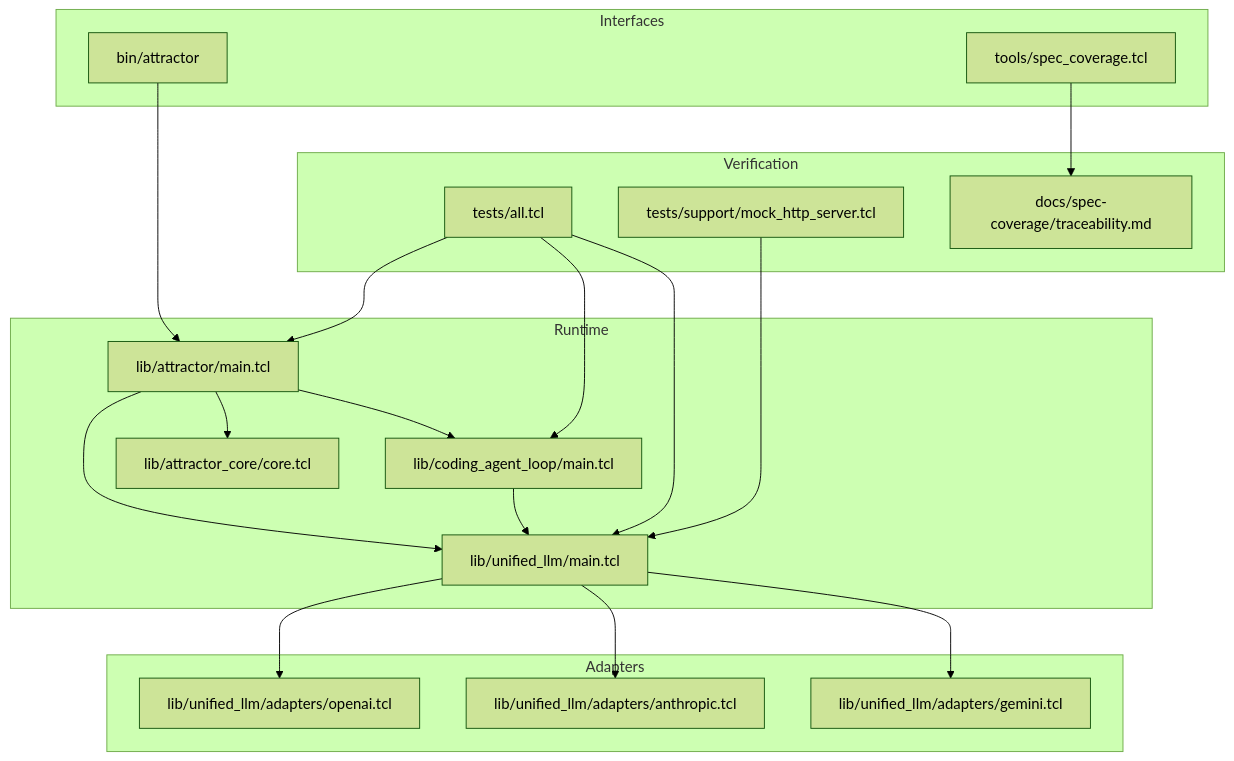
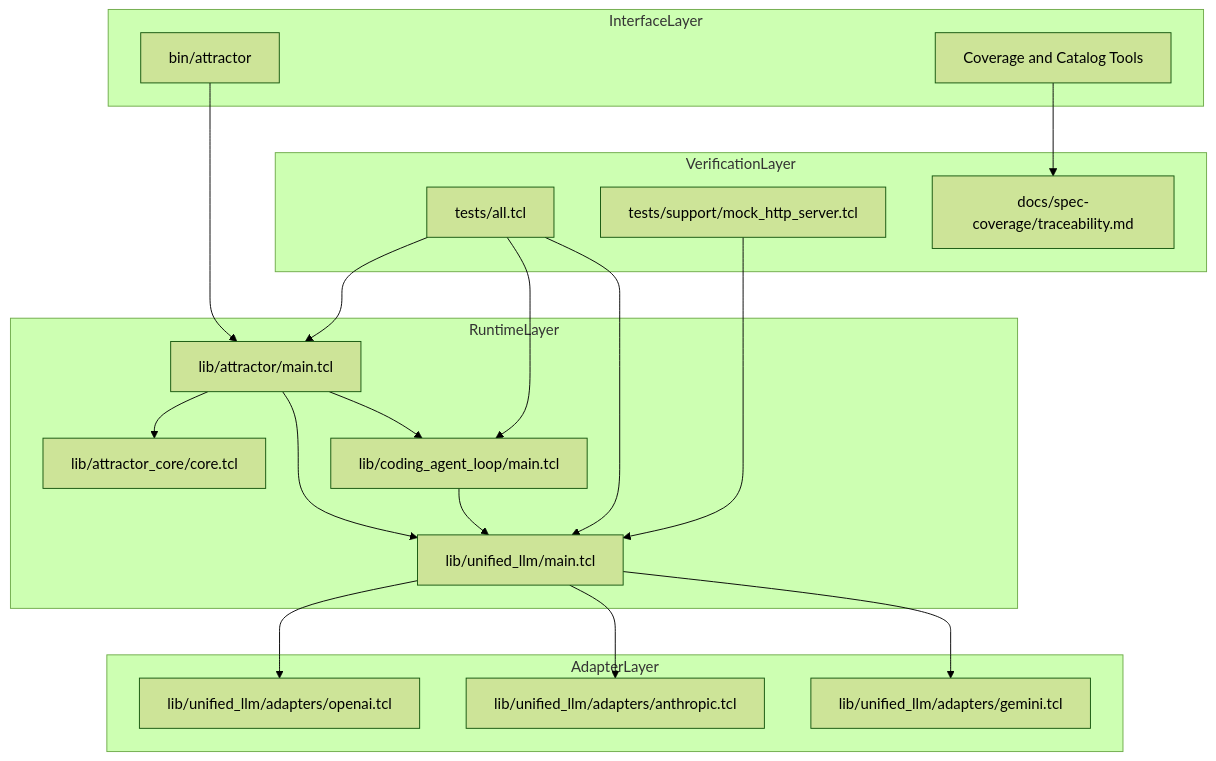
One commit to jaytaylor/attractor-tcl changed the fifth of 5 diagrams in docs/sprints/SPRINT-003-comprehensive-implementation-plan.md. Above: the diagram before and after it, drawn with Mermaid (forest theme). The commit also changed other lines of this file, not shown here.

````diff
--- a/docs/sprints/SPRINT-003-comprehensive-implementation-plan.md
+++ b/docs/sprints/SPRINT-003-comprehensive-implementation-plan.md
@@ -942,40 +540,40 @@
 ```mermaid
 flowchart TB
-  subgraph Interfaces
+  subgraph InterfaceLayer
     CLI[bin/attractor]
-    TOOLS[tools/spec_coverage.tcl]
+    TOOLS[Coverage and Catalog Tools]
   end
 
-  subgraph Runtime
+  subgraph RuntimeLayer
     ATR[lib/attractor/main.tcl]
+    CORE[lib/attractor_core/core.tcl]
     CAL[lib/coding_agent_loop/main.tcl]
     ULLM[lib/unified_llm/main.tcl]
-    CORE[lib/attractor_core/core.tcl]
   end
 
-  subgraph Adapters
-    OA[lib/unified_llm/adapters/openai.tcl]
-    AN[lib/unified_llm/adapters/anthropic.tcl]
-    GM[lib/unified_llm/adapters/gemini.tcl]
+  subgraph AdapterLayer
+    OPENAI[lib/unified_llm/adapters/openai.tcl]
+    ANTHROPIC[lib/unified_llm/adapters/anthropic.tcl]
+    GEMINI[lib/unified_llm/adapters/gemini.tcl]
   end
 
-  subgraph Verification
-    TESTSUITE[tests/all.tcl]
+  subgraph VerificationLayer
+    TESTS[tests/all.tcl]
     MOCK[tests/support/mock_http_server.tcl]
-    TRACE[docs/spec-coverage/traceability.md]
+    TRACEFILE[docs/spec-coverage/traceability.md]
   end
 
   CLI --> ATR
+  ATR --> CORE
   ATR --> CAL
   ATR --> ULLM
-  ATR --> CORE
   CAL --> ULLM
-  ULLM --> OA
-  ULLM --> AN
-  ULLM --> GM
-  TESTSUITE --> ATR
-  TESTSUITE --> CAL
-  TESTSUITE --> ULLM
+  ULLM --> OPENAI
+  ULLM --> ANTHROPIC
+  ULLM --> GEMINI
+  TESTS --> ATR
+  TESTS --> CAL
+  TESTS --> ULLM
   MOCK --> ULLM
-  TOOLS --> TRACE
+  TOOLS --> TRACEFILE
 ```
````
